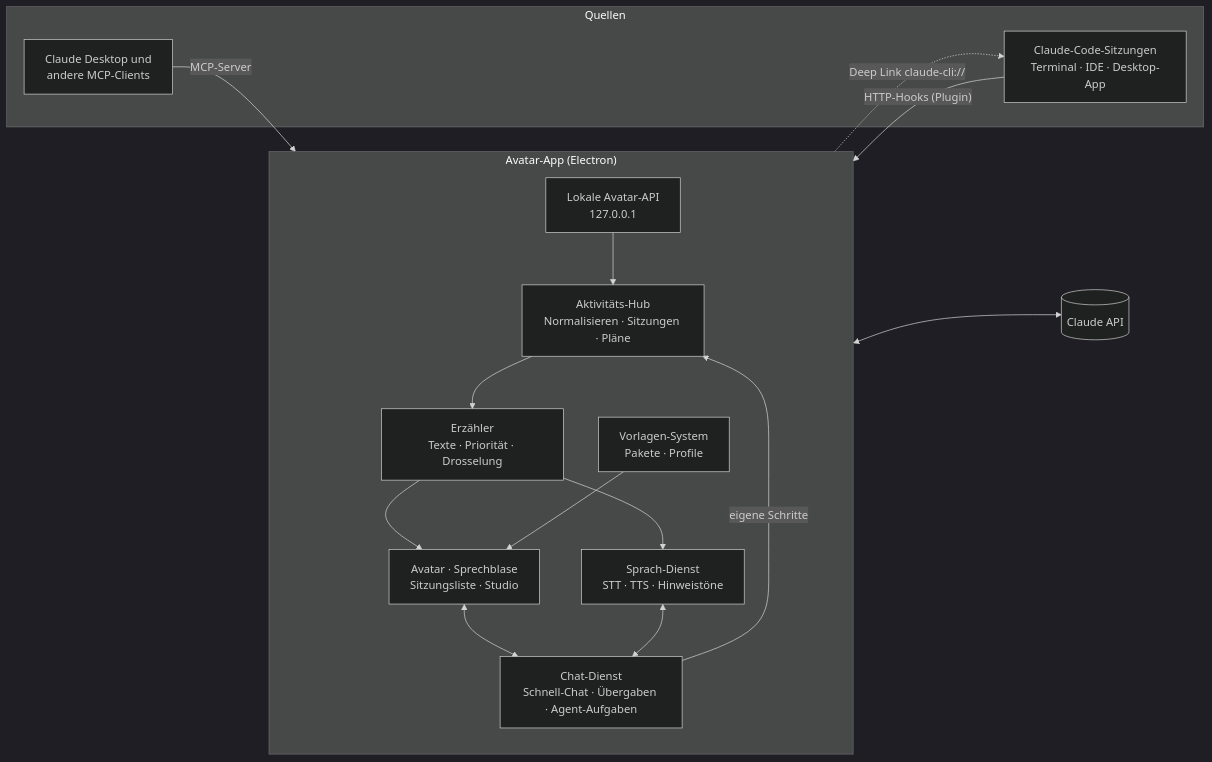
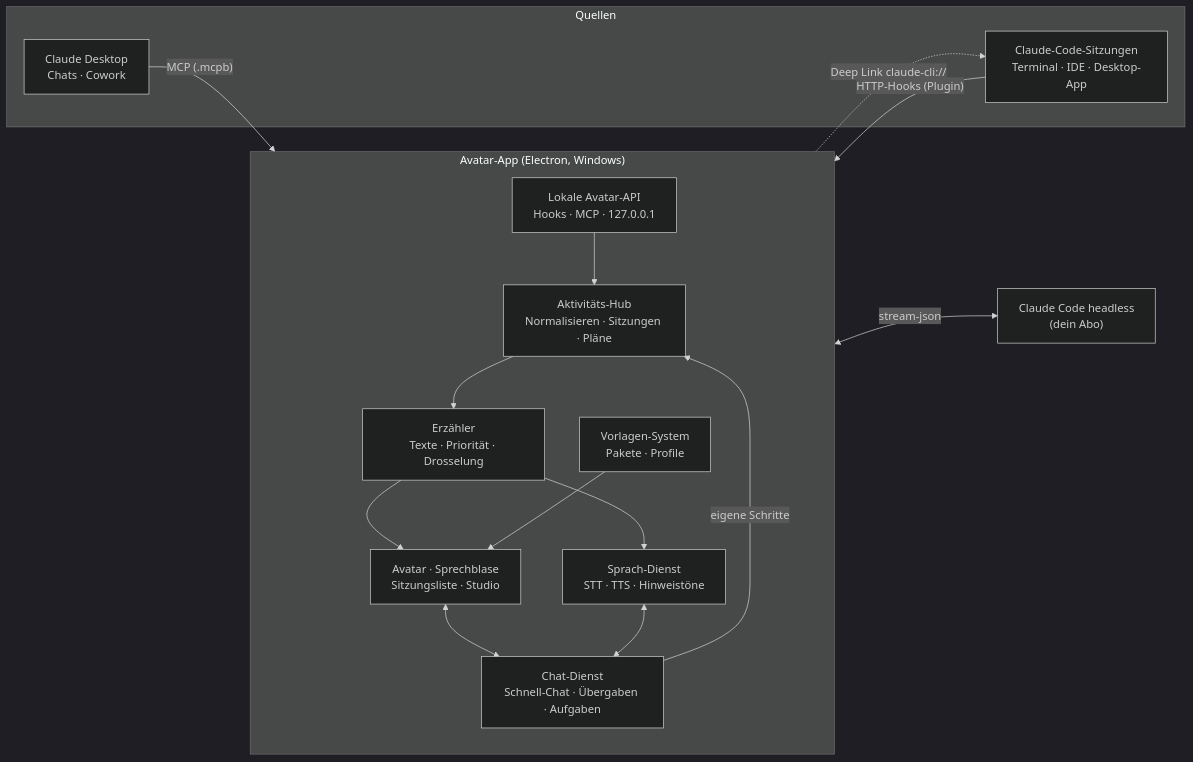
Before and after one commit to AyGeeI/claude-desktop-avatar: the first of 4 diagrams in docs/PLAN.md, drawn with Mermaid (dark theme). The commit also changed other lines of this file and 4 other files, not shown here.

````diff
--- a/docs/PLAN.md
+++ b/docs/PLAN.md
@@ -121,32 +129,32 @@
 ```mermaid
 flowchart LR
     subgraph Quellen
         CC["Claude-Code-Sitzungen<br/>Terminal · IDE · Desktop-App"]
-        MCPC["Claude Desktop und<br/>andere MCP-Clients"]
+        CD["Claude Desktop<br/>Chats · Cowork"]
     end
 
-    subgraph App["Avatar-App (Electron)"]
+    subgraph App["Avatar-App (Electron, Windows)"]
         direction TB
-        LAPI["Lokale Avatar-API<br/>127.0.0.1"]
+        LAPI["Lokale Avatar-API<br/>Hooks · MCP · 127.0.0.1"]
         HUB["Aktivitäts-Hub<br/>Normalisieren · Sitzungen · Pläne"]
         NAR["Erzähler<br/>Texte · Priorität · Drosselung"]
         UI["Avatar · Sprechblase<br/>Sitzungsliste · Studio"]
         VOICE["Sprach-Dienst<br/>STT · TTS · Hinweistöne"]
-        CHAT["Chat-Dienst<br/>Schnell-Chat · Übergaben · Agent-Aufgaben"]
+        CHAT["Chat-Dienst<br/>Schnell-Chat · Übergaben · Aufgaben"]
         TPL["Vorlagen-System<br/>Pakete · Profile"]
     end
 
-    CAPI[("Claude API")]
+    HL["Claude Code headless<br/>(dein Abo)"]
 
     CC -->|"HTTP-Hooks (Plugin)"| LAPI
-    MCPC -->|"MCP-Server"| LAPI
+    CD -->|"MCP (.mcpb)"| LAPI
     LAPI --> HUB --> NAR
     NAR --> UI
     NAR --> VOICE
     CHAT -->|"eigene Schritte"| HUB
     UI <--> CHAT
     VOICE <--> CHAT
-    CHAT <--> CAPI
+    CHAT <-->|"stream-json"| HL
     TPL --> UI
     CHAT -.->|"Deep Link claude-cli://"| CC
 ```
````
